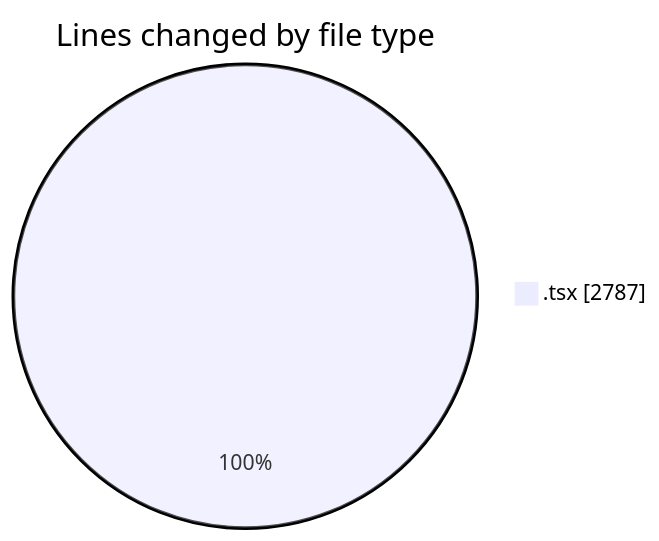
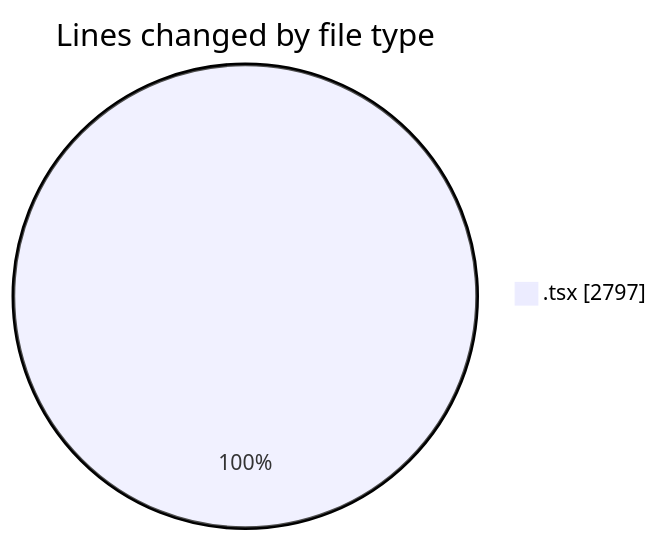
One commit to nxtqubesakshisongat/code-tracking changed the first of 2 diagrams in 2026-03-22/nxtqube_webapp/README.md. Above: the diagram before and after it, drawn with Mermaid. The commit also changed other lines of this file and 1 other file, not shown here.

````diff
--- a/2026-03-22/nxtqube_webapp/README.md
+++ b/2026-03-22/nxtqube_webapp/README.md
@@ -23,5 +23,5 @@
 ```mermaid
 pie showData
 title Lines changed by file type
-".tsx" : 2787
+".tsx" : 2797
 ```
````
